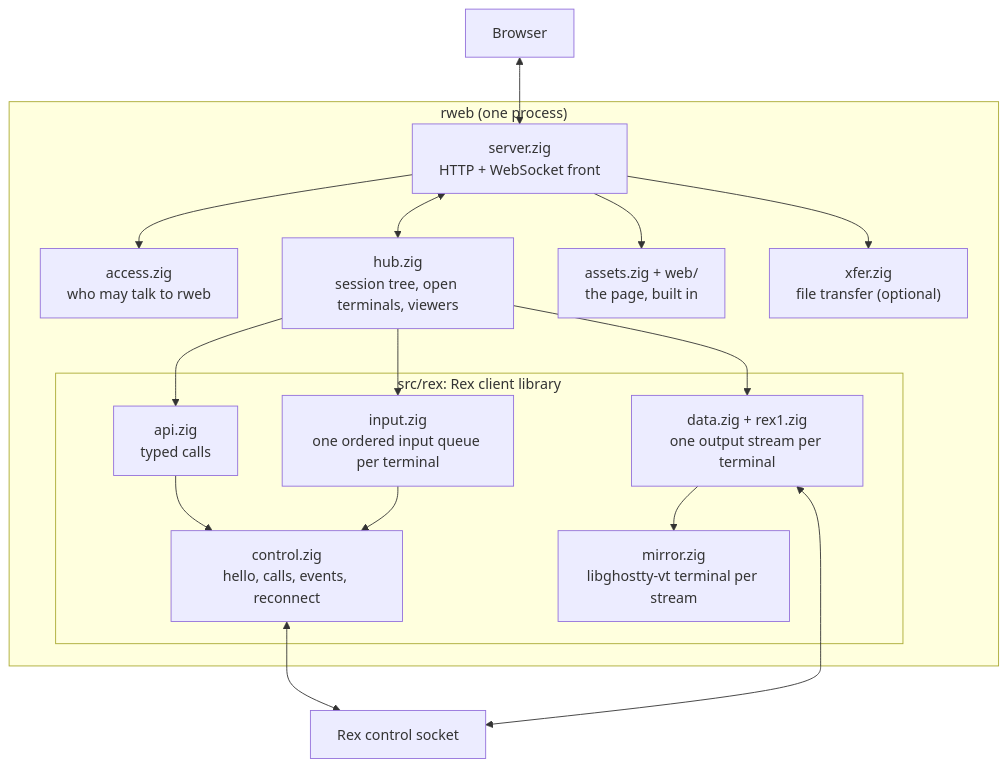
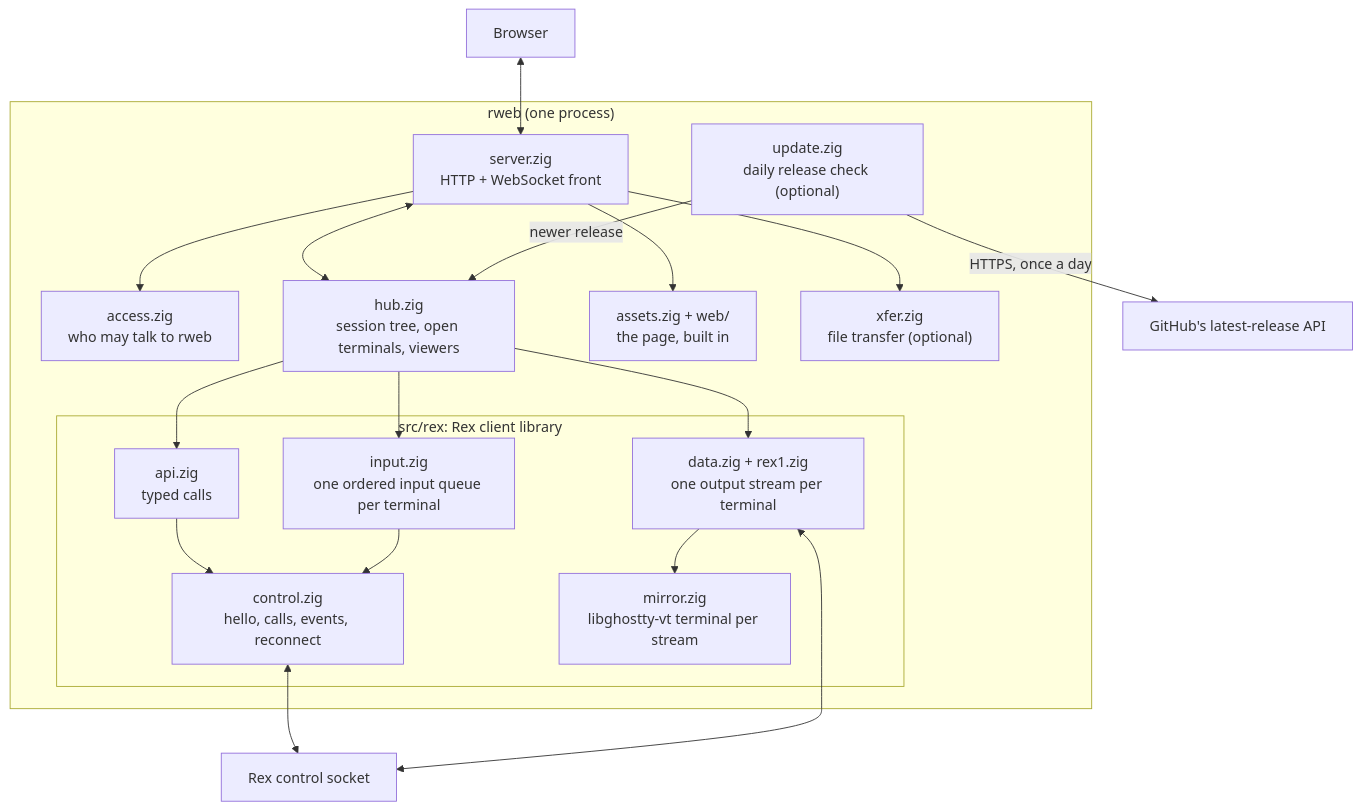
The second of 5 diagrams in docs/architecture.md (lexlapax/rweb), drawn with Mermaid before and after one commit. The commit also changed other lines of this file and 15 other files, not shown here.

````diff
--- a/docs/architecture.md
+++ b/docs/architecture.md
@@ -40,27 +40,30 @@
 ```mermaid
 flowchart TB
   subgraph rweb["rweb (one process)"]
     SRV["server.zig<br/>HTTP + WebSocket front"]
     ACC["access.zig<br/>who may talk to rweb"]
     HUB["hub.zig<br/>session tree, open terminals, viewers"]
     PAGE["assets.zig + web/<br/>the page, built in"]
     XF["xfer.zig<br/>file transfer (optional)"]
+    UPD["update.zig<br/>daily release check (optional)"]
     subgraph LIB["src/rex: Rex client library"]
       CTL["control.zig<br/>hello, calls, events, reconnect"]
       API["api.zig<br/>typed calls"]
       DATA["data.zig + rex1.zig<br/>one output stream per terminal"]
       MIR["mirror.zig<br/>libghostty-vt terminal per stream"]
       IN["input.zig<br/>one ordered input queue per terminal"]
     end
   end
   BR["Browser"] <--> SRV
   SRV --> ACC
   SRV --> PAGE
   SRV <--> HUB
   SRV --> XF
+  UPD -- "newer release" --> HUB
+  UPD -- "HTTPS, once a day" --> GH["GitHub's latest-release API"]
   HUB --> API --> CTL
   HUB --> DATA --> MIR
   HUB --> IN --> CTL
   CTL <--> REX["Rex control socket"]
   DATA <--> REX
 ```
````
